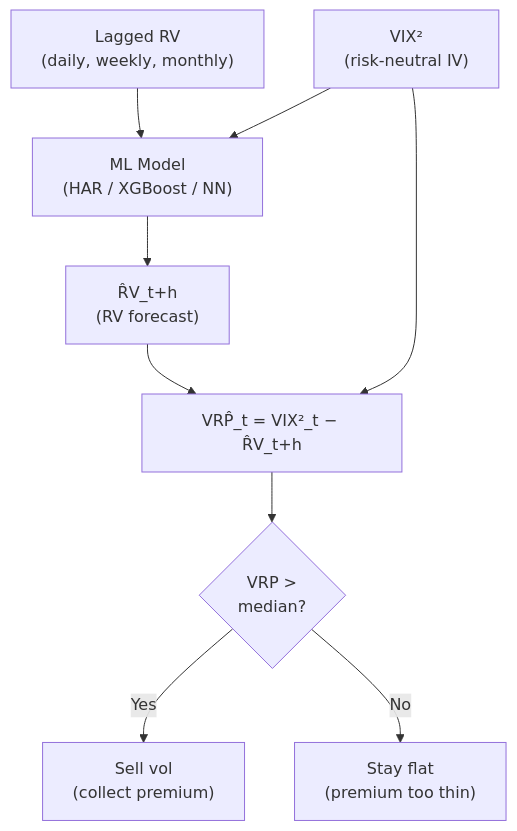
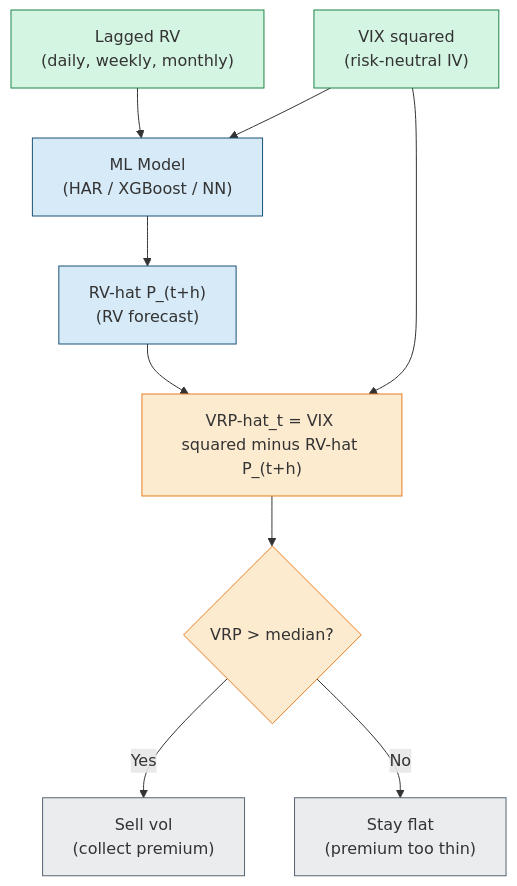
One commit to xRyann2255/ML-GS changed the diagram in vol-learning-guide/markdown/ch09-variance-risk-premium.md. Above: the diagram before and after it, drawn with Mermaid. The commit also changed other lines of this file and 10 other files, not shown here.

Commit message:
docs(vol-guide): regenerate markdown mirrors after diagram audit (ch10 taxonomy + ch03 decision-tree semantic; 9 re-layout refreshes)

````diff
--- a/vol-learning-guide/markdown/ch09-variance-risk-premium.md
+++ b/vol-learning-guide/markdown/ch09-variance-risk-premium.md
@@ -472,20 +345,29 @@
 ```mermaid
 flowchart TD
-    lagrv["Lagged RV\n(daily, weekly, monthly)"]
-    vix["VIX²\n(risk-neutral IV)"]
-    ml["ML Model\n(HAR / XGBoost / NN)"]
-    forecast["R̂V_t+h\n(RV forecast)"]
-    vrp["VRP̂_t = VIX²_t − R̂V_t+h"]
-    decide{"VRP >\nmedian?"}
-    sell["Sell vol\n(collect premium)"]
-    flat["Stay flat\n(premium too thin)"]
+    lagrv["Lagged RV<br/>(daily, weekly, monthly)"]
+    vix["VIX squared<br/>(risk-neutral IV)"]
+    ml["ML Model<br/>(HAR / XGBoost / NN)"]
+    forecast["RV-hat P_(t+h)<br/>(RV forecast)"]
+    vrp["VRP-hat_t = VIX squared minus RV-hat P_(t+h)"]
+    decide{"VRP > median?"}
+    sell["Sell vol<br/>(collect premium)"]
+    flat["Stay flat<br/>(premium too thin)"]
 
     lagrv --> ml
     vix --> ml
     ml --> forecast
     forecast --> vrp
     vix --> vrp
     vrp --> decide
     decide -- Yes --> sell
     decide -- No --> flat
+
+    classDef data fill:#d5f5e3,stroke:#1e8449;
+    classDef model fill:#d6eaf8,stroke:#1a5276;
+    classDef compute fill:#fdebd0,stroke:#e67e22;
+    classDef outcome fill:#eaecee,stroke:#566573;
+    class lagrv,vix data;
+    class ml,forecast model;
+    class vrp,decide compute;
+    class sell,flat outcome;
 ```
````
